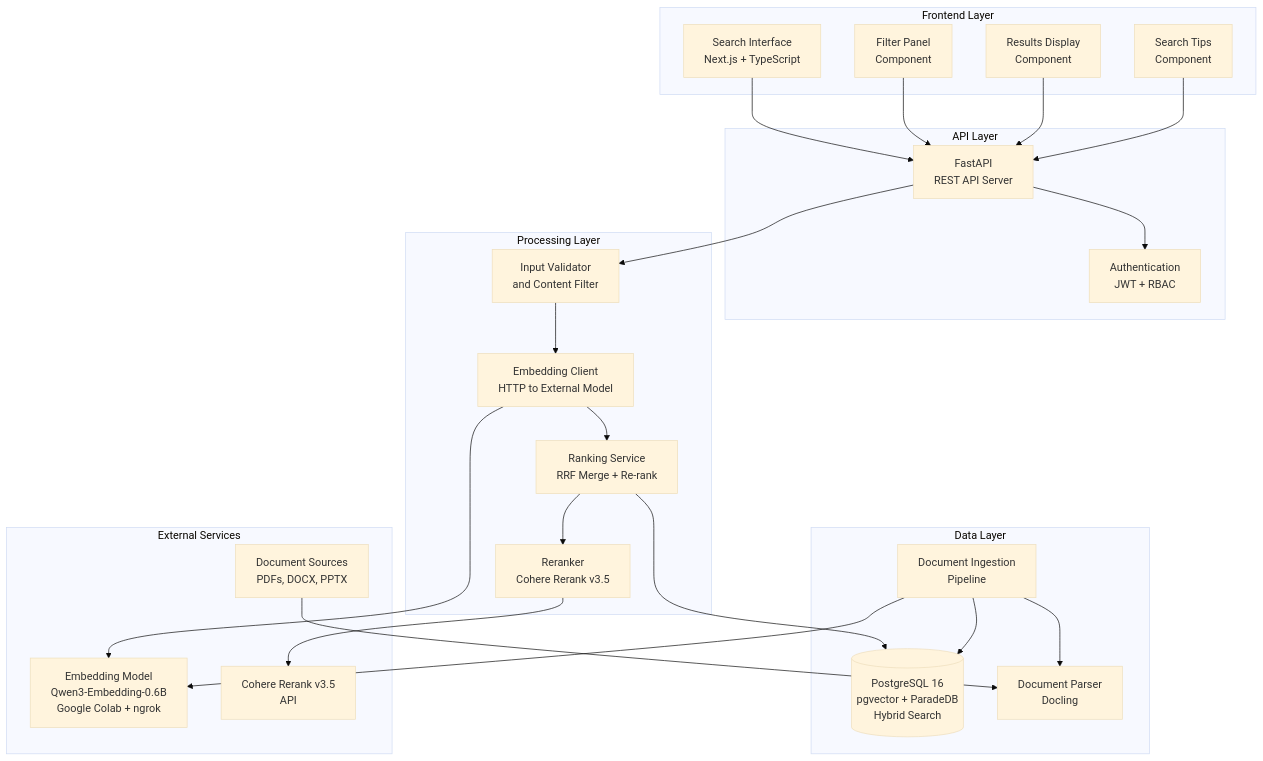
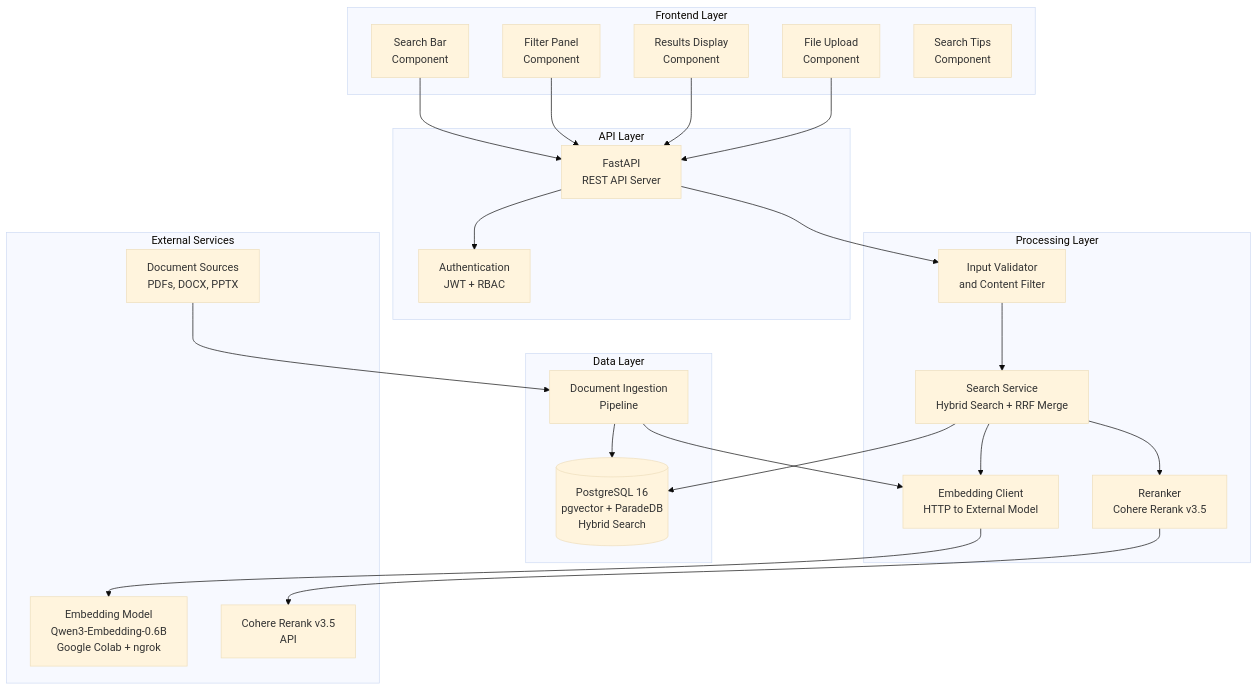
Before and after one commit to FlyM1ss/capstone-project: the diagram in software-engineering/diagrams/component.mmd, drawn with Mermaid (base theme). The commit also changed 12 other files, not shown here.

```diff
--- a/software-engineering/diagrams/component.mmd
+++ b/software-engineering/diagrams/component.mmd
@@ -1,48 +1,47 @@
 graph TB
     subgraph Frontend Layer
-        UI[Search Interface<br/>Next.js + TypeScript]
+        SearchBar[Search Bar<br/>Component]
         Filter[Filter Panel<br/>Component]
         Results[Results Display<br/>Component]
+        FileUpload[File Upload<br/>Component]
         Tips[Search Tips<br/>Component]
     end
 
     subgraph API Layer
         API[FastAPI<br/>REST API Server]
         Auth[Authentication<br/>JWT + RBAC]
     end
 
     subgraph Processing Layer
         InputVal[Input Validator<br/>and Content Filter]
         EmbedClient[Embedding Client<br/>HTTP to External Model]
+        SearchSvc[Search Service<br/>Hybrid Search + RRF Merge]
         Reranker[Reranker<br/>Cohere Rerank v3.5]
-        Ranker[Ranking Service<br/>RRF Merge + Re-rank]
     end
 
     subgraph Data Layer
         UnifiedDB[(PostgreSQL 16<br/>pgvector + ParadeDB<br/>Hybrid Search)]
         Ingestion[Document Ingestion<br/>Pipeline]
-        DocParser[Document Parser<br/>Docling]
     end
 
     subgraph External Services
         EmbedModel[Embedding Model<br/>Qwen3-Embedding-0.6B<br/>Google Colab + ngrok]
         CohereAPI[Cohere Rerank v3.5<br/>API]
         DocSource[Document Sources<br/>PDFs, DOCX, PPTX]
     end
 
-    UI --> API
+    SearchBar --> API
     Filter --> API
     Results --> API
-    Tips --> API
+    FileUpload --> API
     API --> Auth
     API --> InputVal
-    InputVal --> EmbedClient
+    InputVal --> SearchSvc
+    SearchSvc --> EmbedClient
     EmbedClient --> EmbedModel
-    EmbedClient --> Ranker
-    Ranker --> UnifiedDB
-    Ranker --> Reranker
+    SearchSvc --> UnifiedDB
+    SearchSvc --> Reranker
     Reranker --> CohereAPI
     Ingestion --> UnifiedDB
-    Ingestion --> EmbedModel
-    Ingestion --> DocParser
-    DocSource --> DocParser
+    Ingestion --> EmbedClient
+    DocSource --> Ingestion
```
